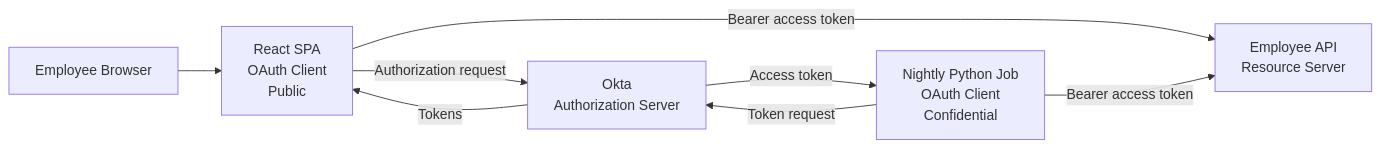
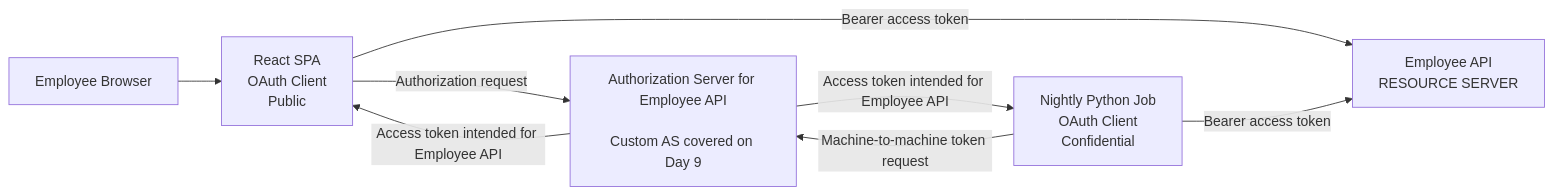
The second of 8 diagrams in diagrams/day-06-app-types-client-auth.md (TedxHarry/OAuth-OIDC), drawn with Mermaid before and after one commit. The commit also changed other lines of this file, not shown here.

Commit message:
Fix Day 6 classification and resource-server diagrams

```diff
--- a/diagrams/day-06-app-types-client-auth.md
+++ b/diagrams/day-06-app-types-client-auth.md
@@ -40,17 +41,18 @@
 ~~~mermaid
 flowchart LR
     USER["Employee Browser"]
     SPA["React SPA<br/>OAuth Client<br/>Public"]
-    API["Employee API<br/>Resource Server"]
     JOB["Nightly Python Job<br/>OAuth Client<br/>Confidential"]
-    OKTA["Okta<br/>Authorization Server"]
+    AS["Authorization Server for Employee API<br/><br/>Custom AS covered on Day 9"]
+    API["Employee API<br/>RESOURCE SERVER"]
 
     USER --> SPA
-    SPA -->|Authorization request| OKTA
-    OKTA -->|Tokens| SPA
+
+    SPA -->|Authorization request| AS
+    AS -->|Access token intended for Employee API| SPA
     SPA -->|Bearer access token| API
 
-    JOB -->|Token request| OKTA
-    OKTA -->|Access token| JOB
+    JOB -->|Machine-to-machine token request| AS
+    AS -->|Access token intended for Employee API| JOB
     JOB -->|Bearer access token| API
 ~~~
```
